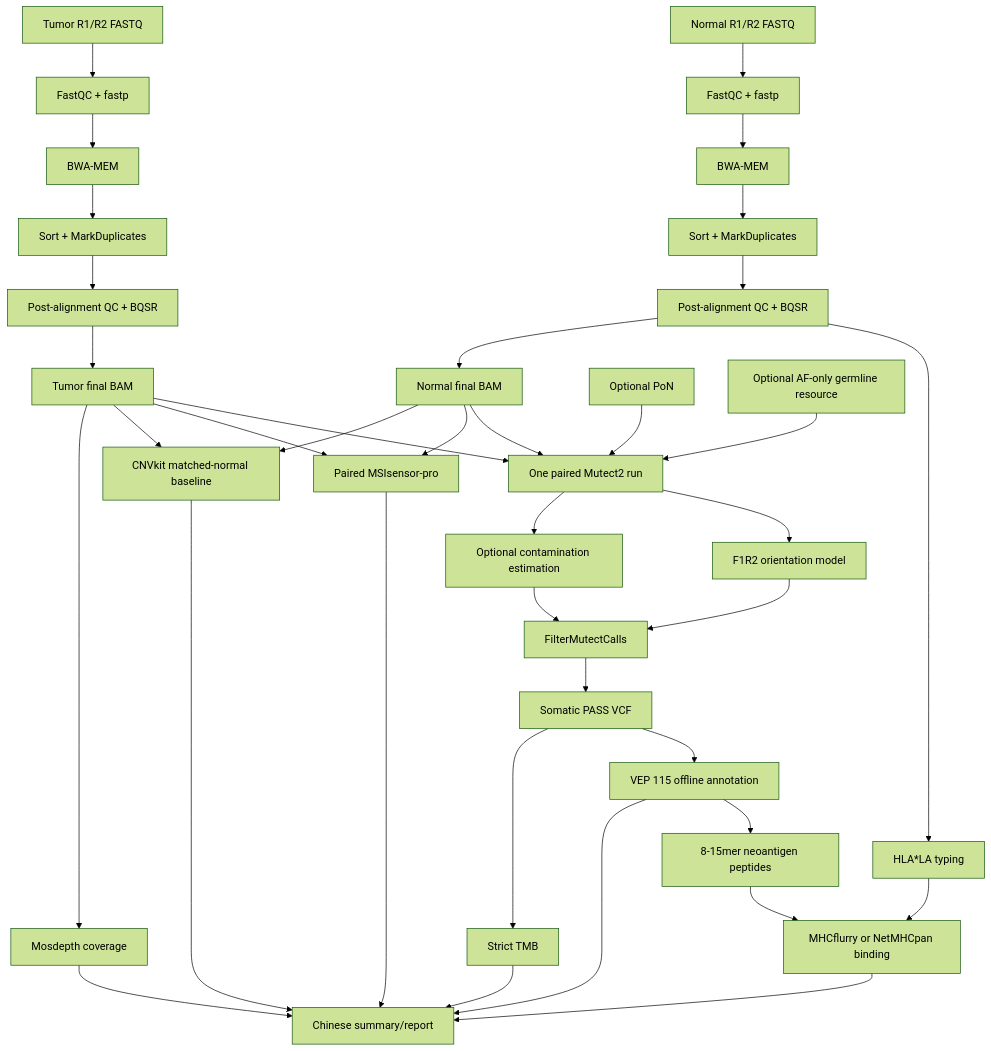
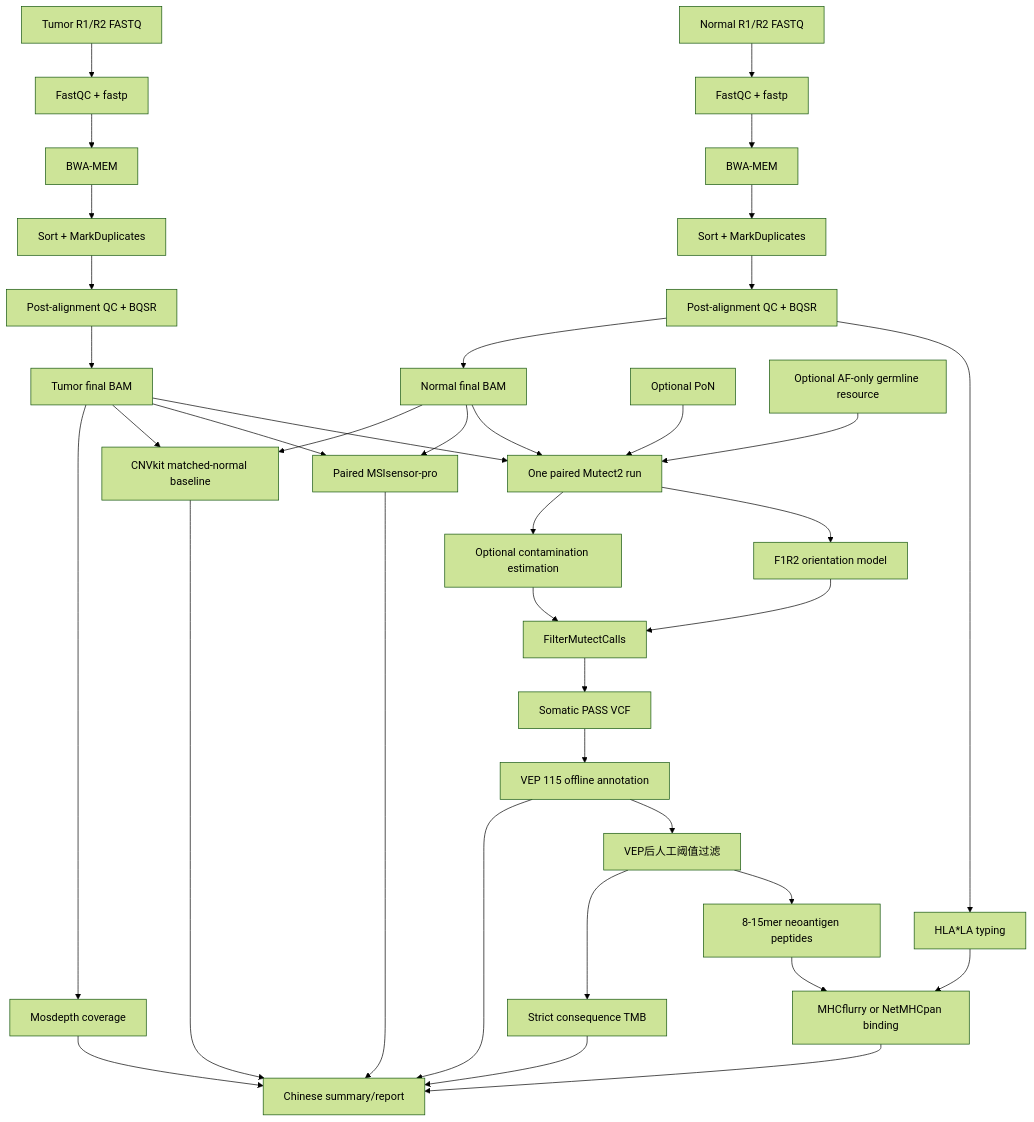
The diagram in docs/V1.0_zh.md (Defphoenix/gaomei_wes), drawn with Mermaid (forest theme) before and after one commit. The commit also changed other lines of this file and 24 other files, not shown here.

````diff
--- a/docs/V1.0_zh.md
+++ b/docs/V1.0_zh.md
@@ -23,43 +23,44 @@
 ```mermaid
 flowchart TD
     N1[Normal R1/R2 FASTQ] --> N2[FastQC + fastp]
     N2 --> N3[BWA-MEM]
     N3 --> N4[Sort + MarkDuplicates]
     N4 --> N5[Post-alignment QC + BQSR]
     N5 --> NH[HLA*LA typing]
     N5 --> NB[Normal final BAM]
 
     T1[Tumor R1/R2 FASTQ] --> T2[FastQC + fastp]
     T2 --> T3[BWA-MEM]
     T3 --> T4[Sort + MarkDuplicates]
     T4 --> T5[Post-alignment QC + BQSR]
     T5 --> TB[Tumor final BAM]
 
     NB --> M[One paired Mutect2 run]
     TB --> M
     PON[Optional PoN] --> M
     GER[Optional AF-only germline resource] --> M
 
     M --> F1[F1R2 orientation model]
     M --> C1[Optional contamination estimation]
     F1 --> FM[FilterMutectCalls]
     C1 --> FM
     FM --> PASS[Somatic PASS VCF]
 
     PASS --> VEP[VEP 115 offline annotation]
-    VEP --> NEO[8-15mer neoantigen peptides]
+    VEP --> MF[VEP后人工阈值过滤]
+    MF --> NEO[8-15mer neoantigen peptides]
     NH --> BIND[MHCflurry or NetMHCpan binding]
     NEO --> BIND
-    PASS --> TMB[Strict TMB]
+    MF --> TMB[Strict consequence TMB]
     NB --> MSI[Paired MSIsensor-pro]
     TB --> MSI
     NB --> CNV[CNVkit matched-normal baseline]
     TB --> CNV
     TB --> COV[Mosdepth coverage]
     VEP --> REPORT[Chinese summary/report]
     BIND --> REPORT
     TMB --> REPORT
     MSI --> REPORT
     CNV --> REPORT
     COV --> REPORT
 ```
````
